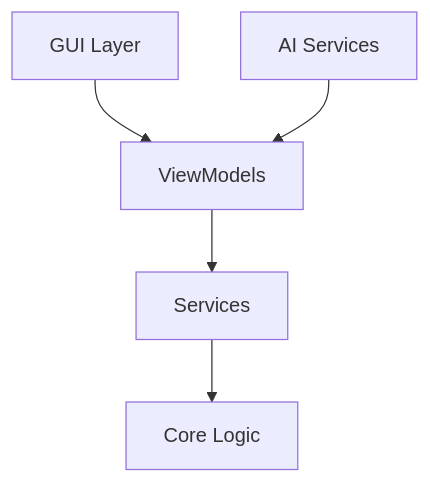
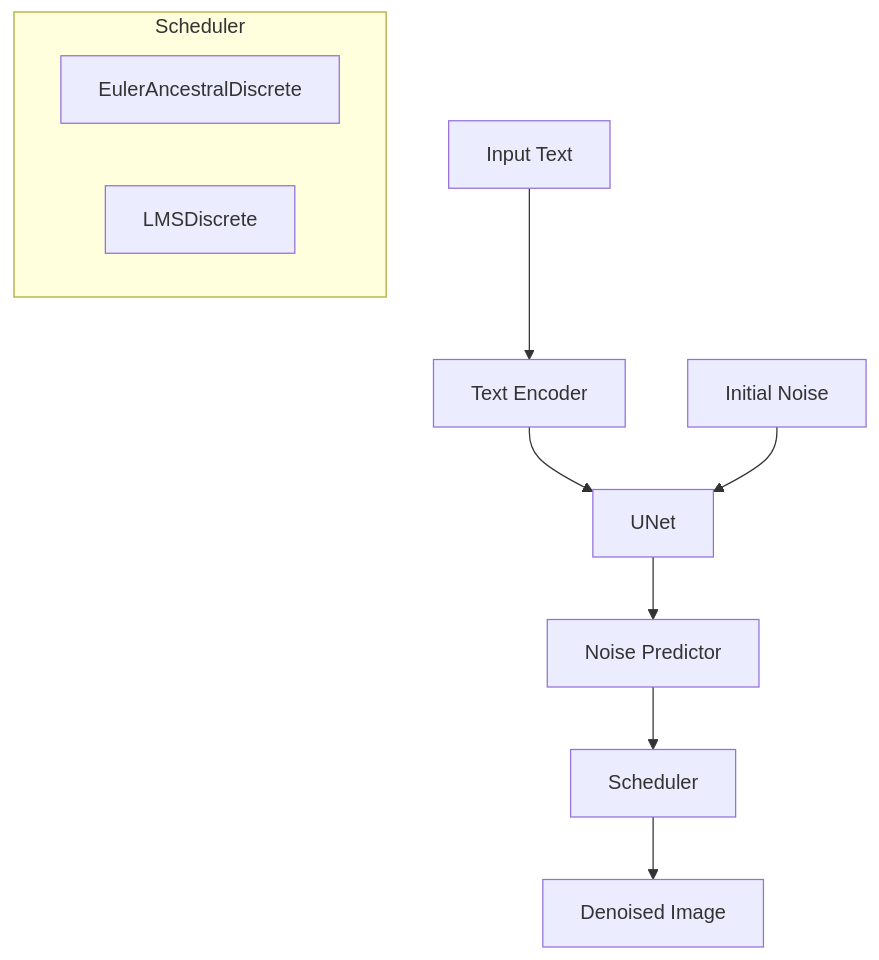
The sixth of 9 diagrams in README.md (Yuma-Noguchi/MI_GUI_WinUI), drawn with Mermaid before and after one commit. The commit also changed other lines of this file, not shown here.

````diff
--- a/README.md
+++ b/README.md
@@ -229,7 +313,14 @@
 ```mermaid
 graph TD
-    A[GUI Layer] --> B[ViewModels]
-    B --> C[Services]
-    C --> D[Core Logic]
-    E[AI Services] --> B
+    A[Input Text] --> B[Text Encoder]
+    B --> C[UNet]
+    D[Initial Noise] --> C
+    C --> E[Noise Predictor]
+    E --> F[Scheduler]
+    F --> G[Denoised Image]
+    
+    subgraph Scheduler
+        H[EulerAncestralDiscrete]
+        I[LMSDiscrete]
+    end
 ```
````
